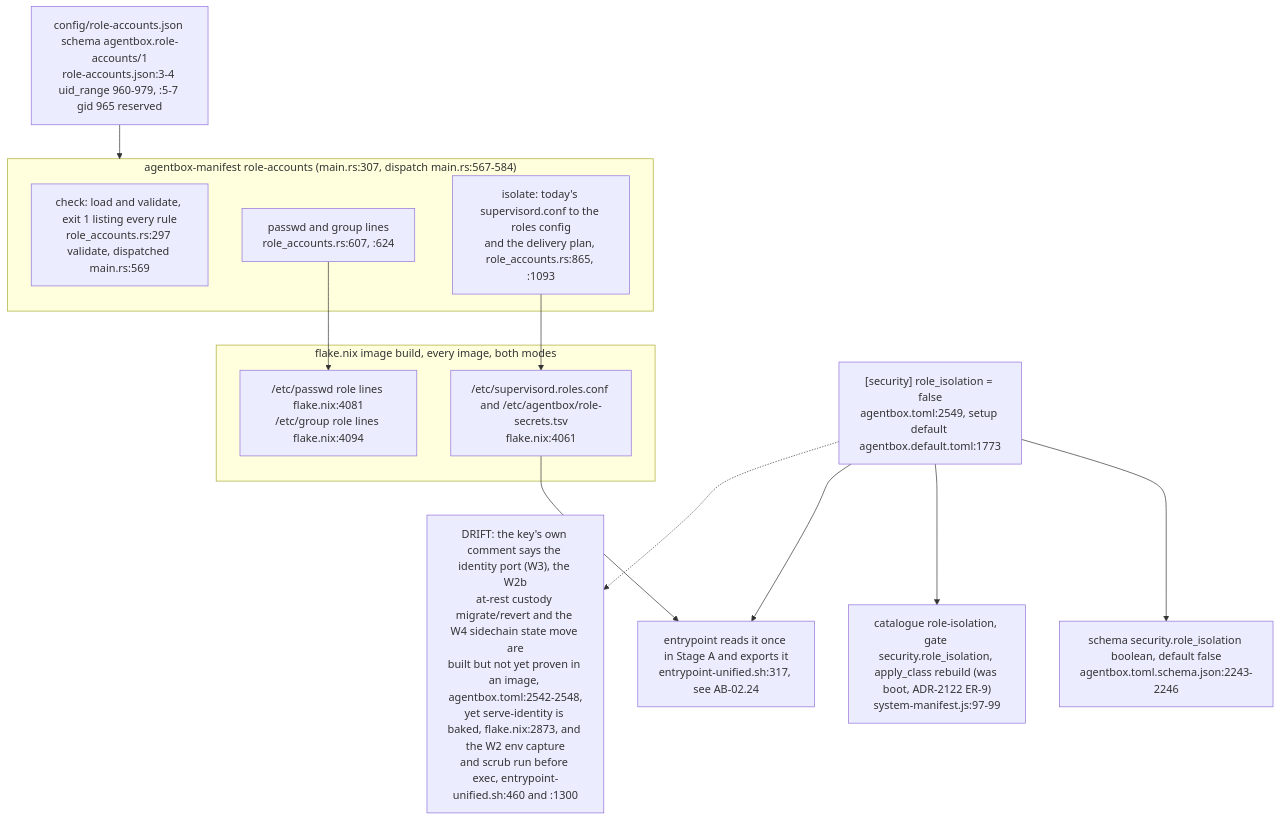
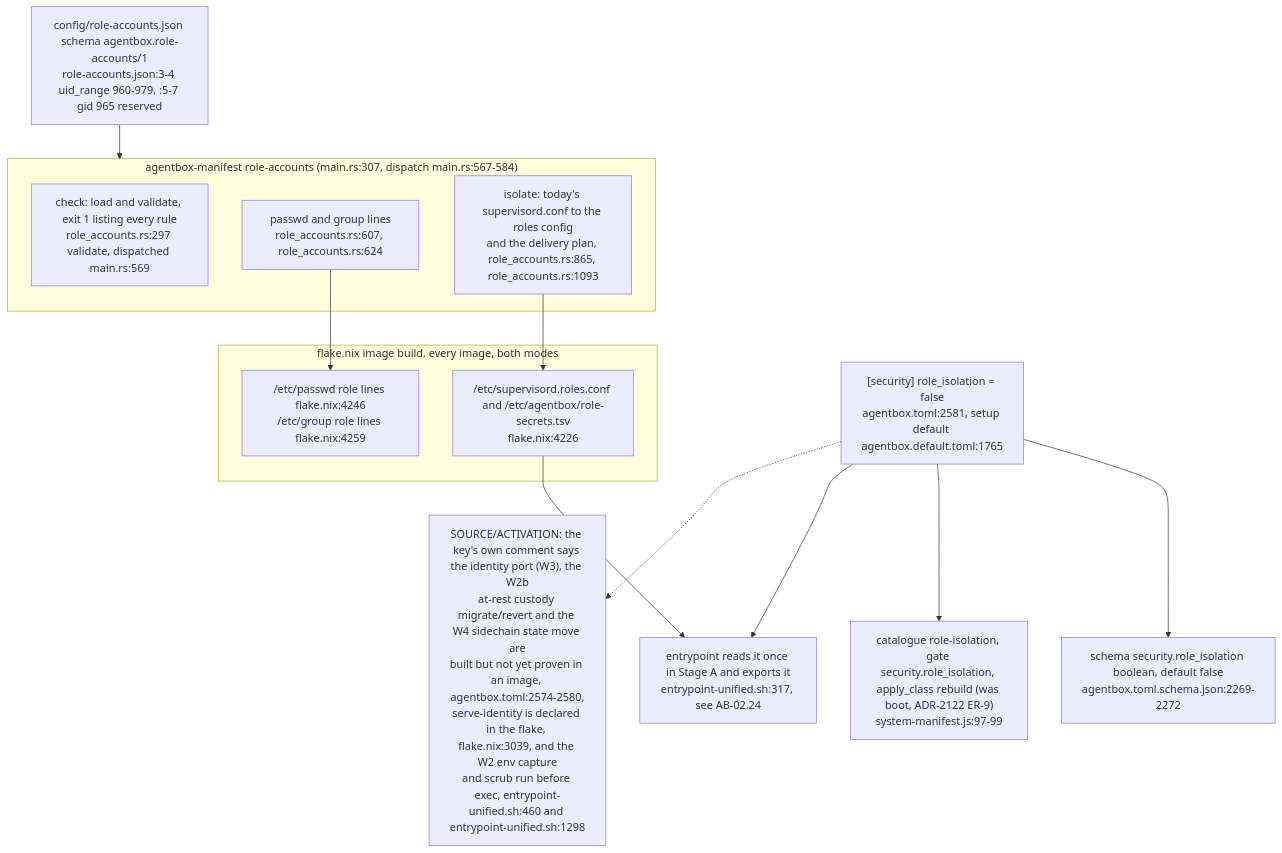
One commit to DreamLab-AI/VisionFlow changed diagram 15 of 16 in docs/diagrams/agentbox/05-manifest-gates-and-cli.md. Above: the diagram before and after it, drawn with Mermaid. The commit also changed other lines of this file and 5 other files, not shown here.

````diff
--- a/docs/diagrams/agentbox/05-manifest-gates-and-cli.md
+++ b/docs/diagrams/agentbox/05-manifest-gates-and-cli.md
@@ -551,25 +552,25 @@
 ```mermaid
 flowchart TB
-    KEY["[security] role_isolation = false<br/>agentbox.toml:2549, setup default agentbox.default.toml:1773"]
-    SCH["schema security.role_isolation boolean, default false<br/>agentbox.toml.schema.json:2243-2246"]
+    KEY["[security] role_isolation = false<br/>agentbox.toml:2581, setup default agentbox.default.toml:1765"]
+    SCH["schema security.role_isolation boolean, default false<br/>agentbox.toml.schema.json:2269-2272"]
     CATE["catalogue role-isolation, gate security.role_isolation, apply_class rebuild (was boot, ADR-2122 ER-9)<br/>system-manifest.js:97-99"]
     TBL["config/role-accounts.json schema agentbox.role-accounts/1<br/>role-accounts.json:3-4 uid_range 960-979, :5-7 gid 965 reserved"]
     subgraph CLI["agentbox-manifest role-accounts (main.rs:307, dispatch main.rs:567-584)"]
         CHK["check: load and validate, exit 1 listing every rule<br/>role_accounts.rs:297 validate, dispatched main.rs:569"]
-        PW["passwd and group lines<br/>role_accounts.rs:607, :624"]
-        ISO["isolate: today's supervisord.conf to the roles config<br/>and the delivery plan, role_accounts.rs:865, :1093"]
+        PW["passwd and group lines<br/>role_accounts.rs:607, role_accounts.rs:624"]
+        ISO["isolate: today's supervisord.conf to the roles config<br/>and the delivery plan, role_accounts.rs:865, role_accounts.rs:1093"]
     end
     subgraph BUILD["flake.nix image build, every image, both modes"]
-        B1["/etc/supervisord.roles.conf and /etc/agentbox/role-secrets.tsv<br/>flake.nix:4061"]
-        B2["/etc/passwd role lines flake.nix:4081<br/>/etc/group role lines flake.nix:4094"]
+        B1["/etc/supervisord.roles.conf and /etc/agentbox/role-secrets.tsv<br/>flake.nix:4226"]
+        B2["/etc/passwd role lines flake.nix:4246<br/>/etc/group role lines flake.nix:4259"]
     end
     BOOT["entrypoint reads it once in Stage A and exports it<br/>entrypoint-unified.sh:317, see AB-02.24"]
     KEY --> SCH
     KEY --> CATE
     KEY --> BOOT
     TBL --> CLI
     PW --> B2
     ISO --> B1
     B1 --> BOOT
-    KEY -.-> DRIFT["DRIFT: the key's own comment says the identity port (W3), the W2b<br/>at-rest custody migrate/revert and the W4 sidechain state move are<br/>built but not yet proven in an image, agentbox.toml:2542-2548,<br/>yet serve-identity is baked, flake.nix:2873, and the W2 env capture<br/>and scrub run before exec, entrypoint-unified.sh:460 and :1300"]
+    KEY -.-> DRIFT["SOURCE/ACTIVATION: the key's own comment says the identity port (W3), the W2b<br/>at-rest custody migrate/revert and the W4 sidechain state move are<br/>built but not yet proven in an image, agentbox.toml:2574-2580,<br/>serve-identity is declared in the flake, flake.nix:3039, and the W2 env capture<br/>and scrub run before exec, entrypoint-unified.sh:460 and entrypoint-unified.sh:1298"]
 ```
````
